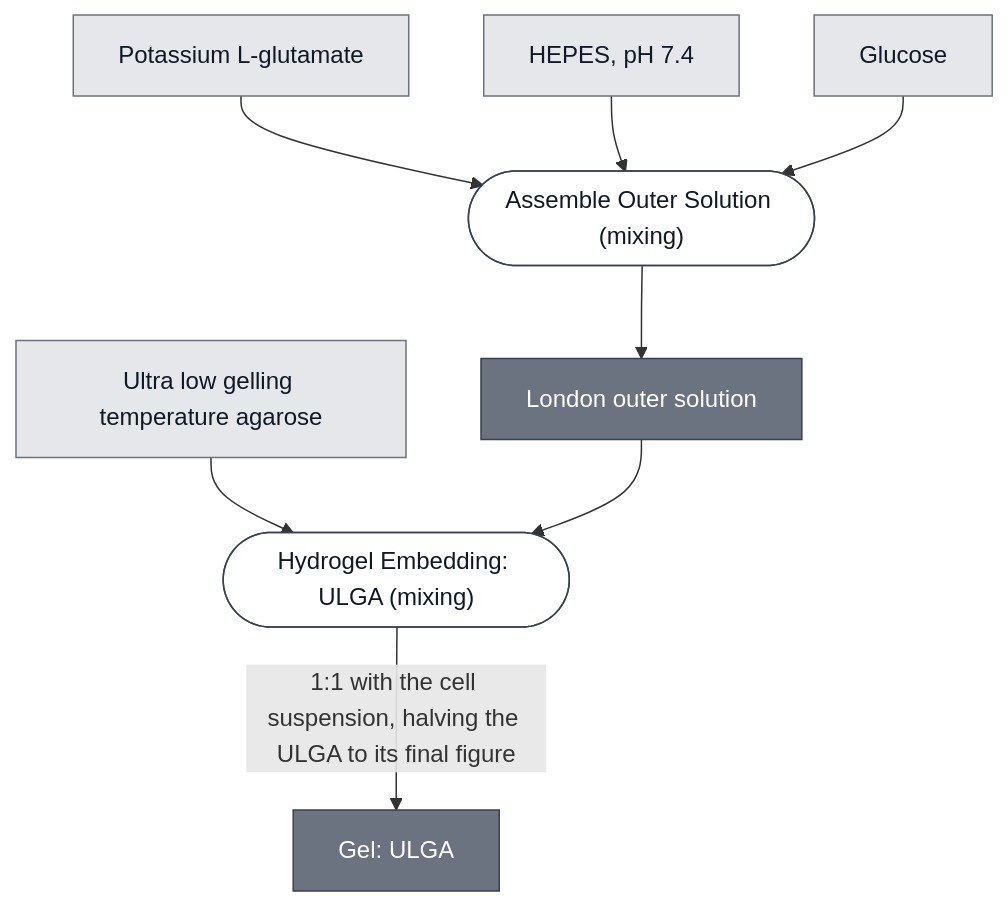
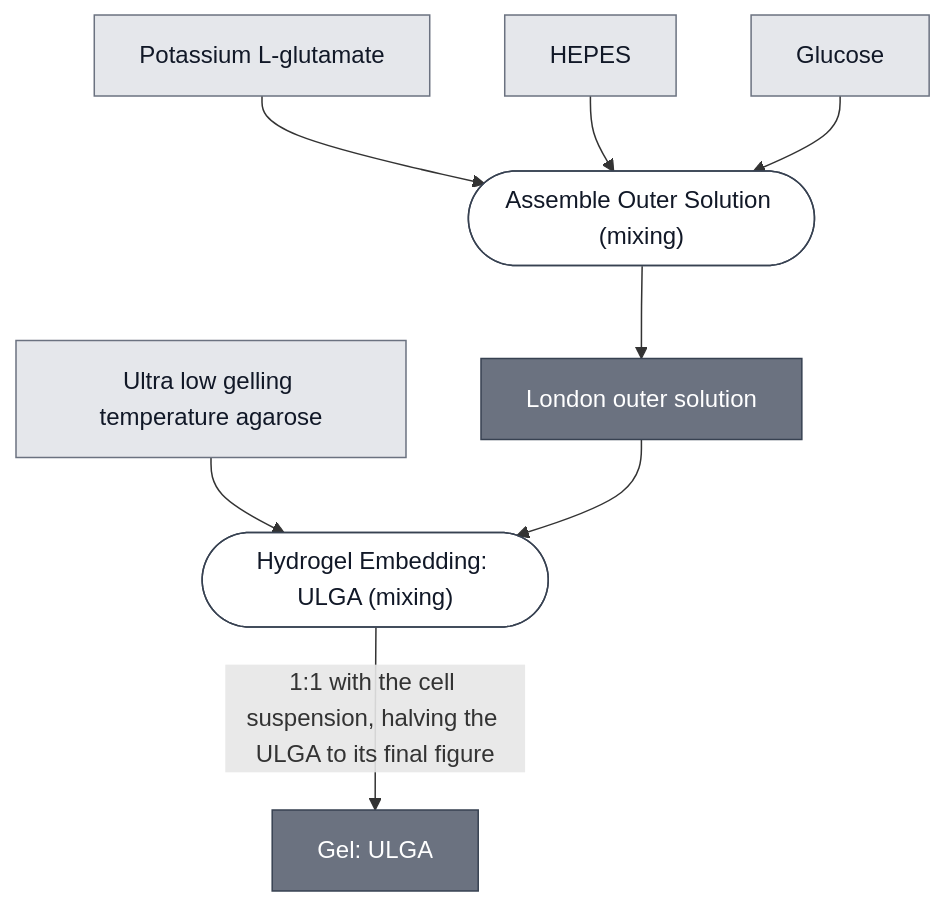
The diagram in docs/modules/gel-ulga/spec.md (nucleus-eng/nucleus-docs), drawn with Mermaid before and after one commit. The commit also changed 15 other files, not shown here.

````diff
--- a/docs/modules/gel-ulga/spec.md
+++ b/docs/modules/gel-ulga/spec.md
@@ -32,33 +32,33 @@
 ```mermaid
 flowchart TD
     ULGA_POWDER["Ultra low gelling temperature agarose"]
     POTASSIUM_GLUTAMATE["Potassium L-glutamate"]
-    HEPES["HEPES, pH 7.4"]
+    HEPES["HEPES"]
     GLUCOSE["Glucose"]
 
     P1_ASSEMBLE_OUTER_0(["Assemble Outer Solution (mixing)"])
     OUTER_SOLUTION_LONDON["London outer solution"]
     P2_SET_THERMAL_0(["Hydrogel Embedding: ULGA (mixing)"])
     GEL_ULGA["Gel: ULGA"]
 
     POTASSIUM_GLUTAMATE --> P1_ASSEMBLE_OUTER_0
     HEPES --> P1_ASSEMBLE_OUTER_0
     GLUCOSE --> P1_ASSEMBLE_OUTER_0
     P1_ASSEMBLE_OUTER_0 --> OUTER_SOLUTION_LONDON
 
     ULGA_POWDER --> P2_SET_THERMAL_0
     OUTER_SOLUTION_LONDON --> P2_SET_THERMAL_0
     P2_SET_THERMAL_0 -->|"1:1 with the cell suspension, halving the ULGA to its final figure"| GEL_ULGA
 
 
     classDef leaf     fill:#e5e7eb,stroke:#6b7280,color:#111827;
     classDef composed fill:#6b7280,stroke:#374151,color:#ffffff;
     classDef process  fill:#ffffff,stroke:#374151,color:#111827;
     class ULGA_POWDER,POTASSIUM_GLUTAMATE,HEPES,GLUCOSE leaf;
     class OUTER_SOLUTION_LONDON,GEL_ULGA composed;
     class P1_ASSEMBLE_OUTER_0,P2_SET_THERMAL_0 process;
 
     click P1_ASSEMBLE_OUTER_0 "/docs/processes/assemble-outer-solution/main"
     click P2_SET_THERMAL_0 "/docs/processes/embed-ulga-hydrogel/main"
     click GEL_ULGA "/docs/modules/gel-ulga/spec"
 ```
````
